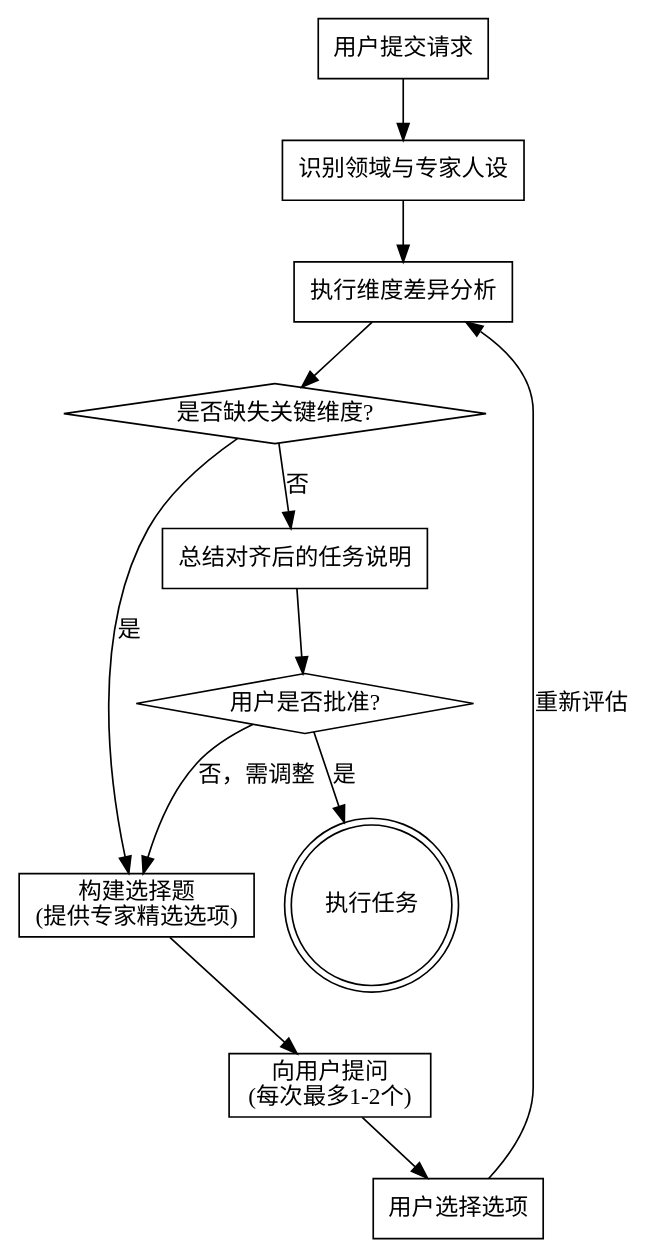
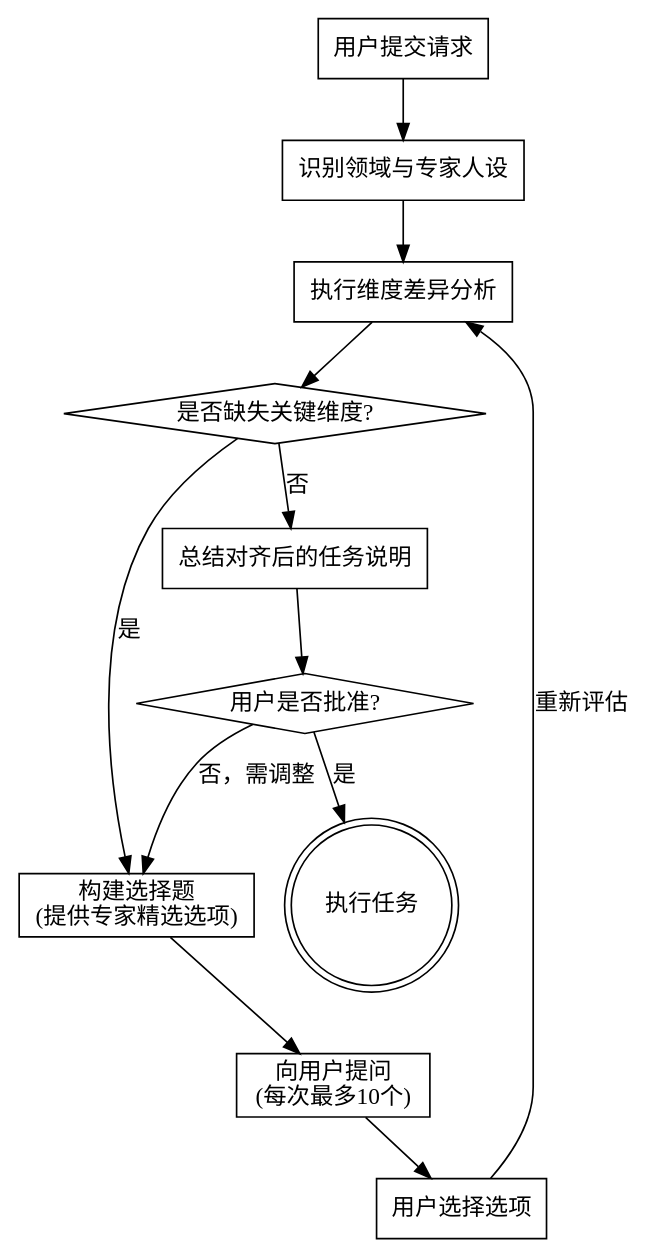
The diagram in skills/expert-task-clarification/SKILL.md (steelan9199/wechat-publisher), drawn with Graphviz before and after one commit.

Commit message:
Update: 2026/5/3 21:21:34

````diff
--- a/skills/expert-task-clarification/SKILL.md
+++ b/skills/expert-task-clarification/SKILL.md
@@ -34,31 +34,31 @@
 ```dot
 digraph task_clarification {
     "用户提交请求" [shape=box];
     "识别领域与专家人设"[shape=box];
     "执行维度差异分析" [shape=box];
     "是否缺失关键维度?" [shape=diamond];
     
     "构建选择题\n(提供专家精选选项)"[shape=box];
-    "向用户提问\n(每次最多1-2个)" [shape=box];
+    "向用户提问\n(每次最多10个)" [shape=box];
     "用户选择选项" [shape=box];
     
     "总结对齐后的任务说明"[shape=box];
     "用户是否批准?" [shape=diamond];
     "执行任务"[shape=doublecircle];
 
     "用户提交请求" -> "识别领域与专家人设";
     "识别领域与专家人设" -> "执行维度差异分析";
     "执行维度差异分析" -> "是否缺失关键维度?";
     
     "是否缺失关键维度?" -> "构建选择题\n(提供专家精选选项)" [label="是"];
-    "构建选择题\n(提供专家精选选项)" -> "向用户提问\n(每次最多1-2个)";
-    "向用户提问\n(每次最多1-2个)" -> "用户选择选项";
+    "构建选择题\n(提供专家精选选项)" -> "向用户提问\n(每次最多10个)";
+    "向用户提问\n(每次最多10个)" -> "用户选择选项";
     "用户选择选项" -> "执行维度差异分析" [label="重新评估"];
     
     "是否缺失关键维度?" -> "总结对齐后的任务说明"[label="否"];
     
     "总结对齐后的任务说明" -> "用户是否批准?";
     "用户是否批准?" -> "构建选择题\n(提供专家精选选项)"[label="否，需调整"];
     "用户是否批准?" -> "执行任务" [label="是"];
 }
 ```
````
